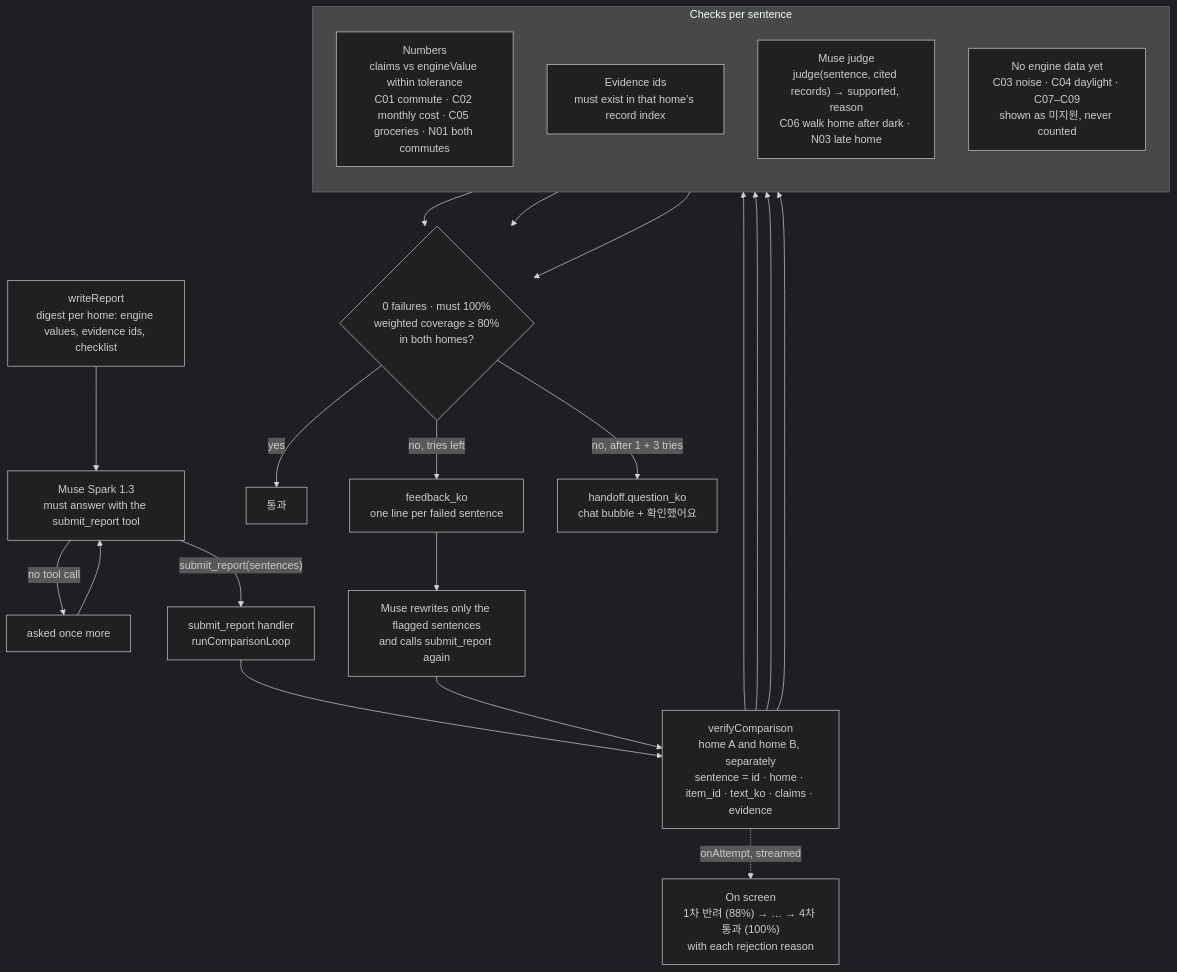
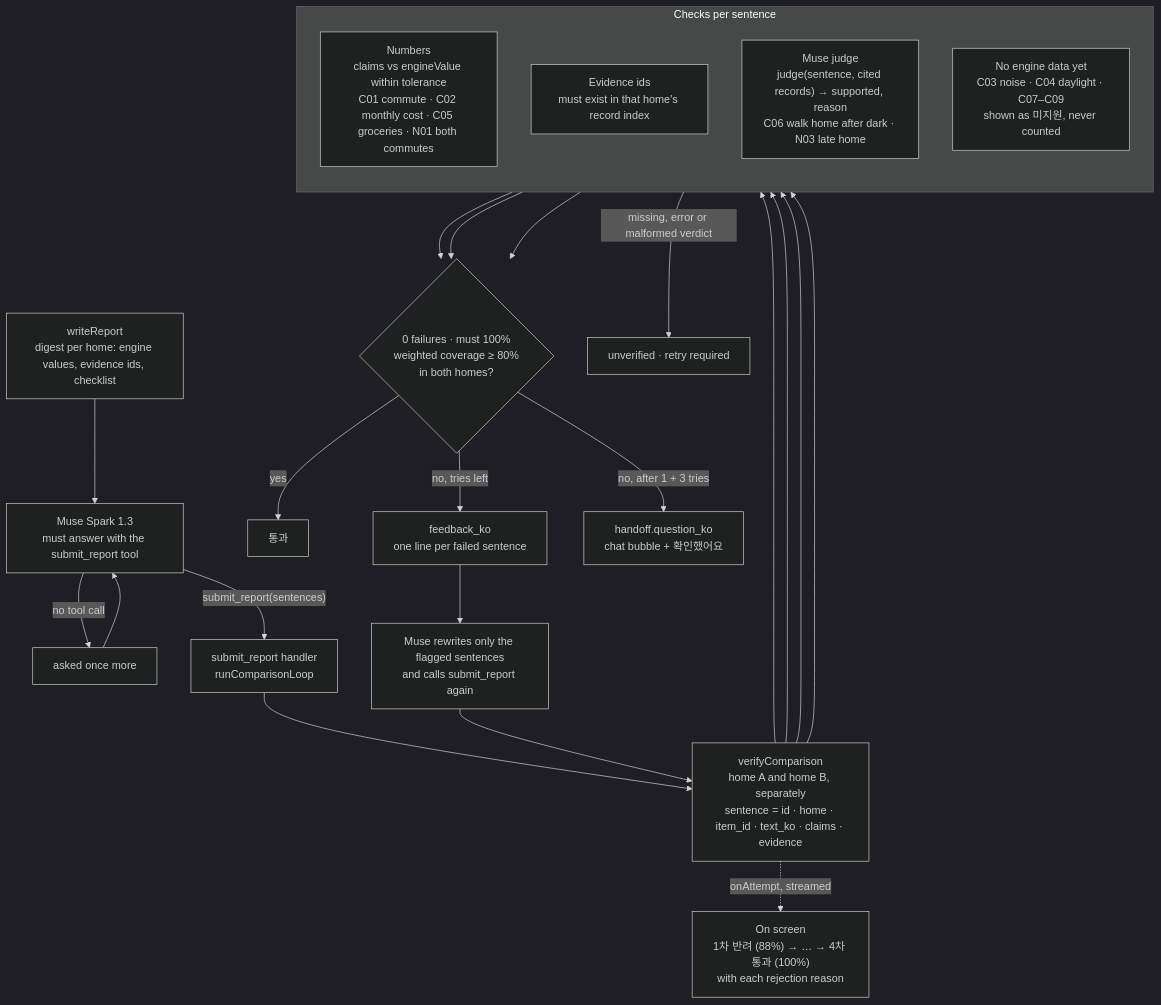
Before and after one commit to halo-sw/ithaca: the diagram in docs/verification.md, drawn with Mermaid (dark theme). The commit also changed other lines of this file and 8 other files, not shown here.

````diff
--- a/docs/verification.md
+++ b/docs/verification.md
@@ -7,28 +9,29 @@
 ```mermaid
 flowchart TD
   S0["writeReport<br/>digest per home: engine values, evidence ids, checklist"] --> S1["Muse Spark 1.3<br/>must answer with the submit_report tool"]
   S1 -- "no tool call" --> S1R["asked once more"]
   S1R --> S1
   S1 -- "submit_report(sentences)" --> H["submit_report handler<br/>runComparisonLoop"]
   H --> V["verifyComparison<br/>home A and home B, separately<br/>sentence = id · home · item_id · text_ko · claims · evidence"]
   subgraph CK["Checks per sentence"]
     direction TB
     N["Numbers<br/>claims vs engineValue within tolerance<br/>C01 commute · C02 monthly cost · C05 groceries · N01 both commutes"]
     E["Evidence ids<br/>must exist in that home's record index"]
     J["Muse judge<br/>judge(sentence, cited records) → supported, reason<br/>C06 walk home after dark · N03 late home"]
     X["No engine data yet<br/>C03 noise · C04 daylight · C07–C09<br/>shown as 미지원, never counted"]
   end
   V --> N
   V --> E
   V --> J
   V --> X
   N --> R{"0 failures · must 100%<br/>weighted coverage ≥ 80%<br/>in both homes?"}
   E --> R
   J --> R
+  J -- "missing, error or malformed verdict" --> UV["unverified · retry required"]
   R -- yes --> OK["통과"]
   R -- "no, tries left" --> FB["feedback_ko<br/>one line per failed sentence"]
   FB --> RW["Muse rewrites only the flagged sentences<br/>and calls submit_report again"]
   RW --> V
   R -- "no, after 1 + 3 tries" --> HO["handoff.question_ko<br/>chat bubble + 확인했어요"]
   V -. "onAttempt, streamed" .-> TLN["On screen<br/>1차 반려 (88%) → … → 4차 통과 (100%)<br/>with each rejection reason"]
 ```
````
